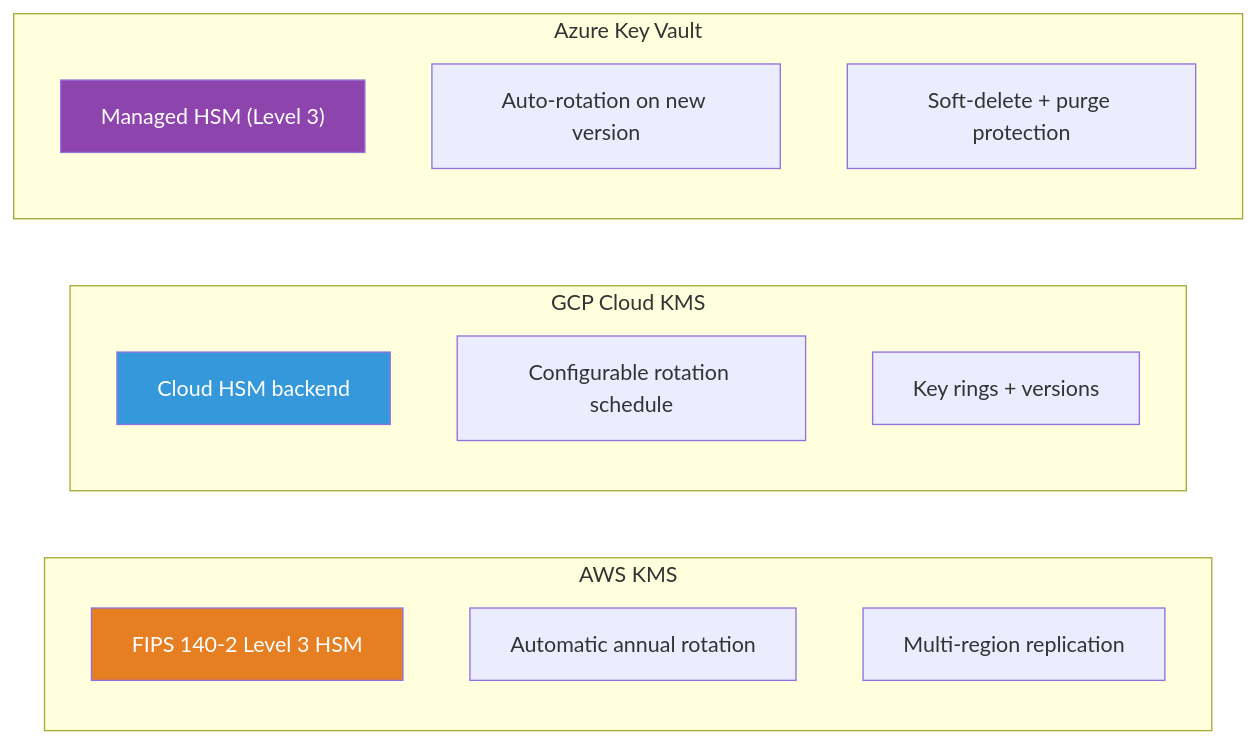
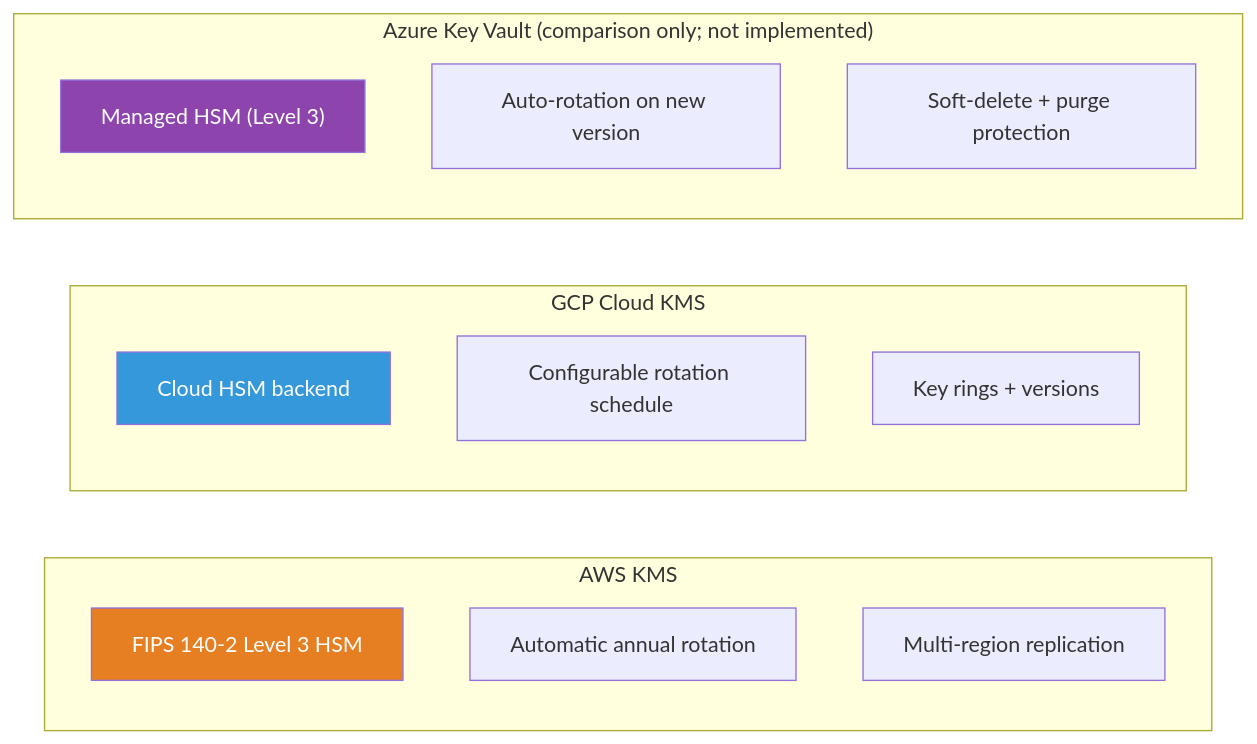
One commit to ChronoAIProject/NyxID changed diagram 14 of 31 in docs/ENCRYPTION_ARCHITECTURE.md. Above: the diagram before and after it, drawn with Mermaid. The commit also changed other lines of this file and 505 other files, not shown here.

````diff
--- a/docs/ENCRYPTION_ARCHITECTURE.md
+++ b/docs/ENCRYPTION_ARCHITECTURE.md
@@ -519,24 +521,24 @@
 ```mermaid
 graph LR
     subgraph "AWS KMS"
         AWS_HSM["FIPS 140-2 Level 3 HSM"]
         AWS_ROT["Automatic annual rotation"]
         AWS_MR["Multi-region replication"]
     end
 
     subgraph "GCP Cloud KMS"
         GCP_HSM["Cloud HSM backend"]
         GCP_ROT["Configurable rotation schedule"]
         GCP_RING["Key rings + versions"]
     end
 
-    subgraph "Azure Key Vault"
+    subgraph "Azure Key Vault (comparison only; not implemented)"
         AZ_HSM["Managed HSM (Level 3)"]
         AZ_ROT["Auto-rotation on new version"]
         AZ_SD["Soft-delete + purge protection"]
     end
 
     style AWS_HSM fill:#e67e22,color:#fff
     style GCP_HSM fill:#3498db,color:#fff
     style AZ_HSM fill:#8e44ad,color:#fff
 ```
````
